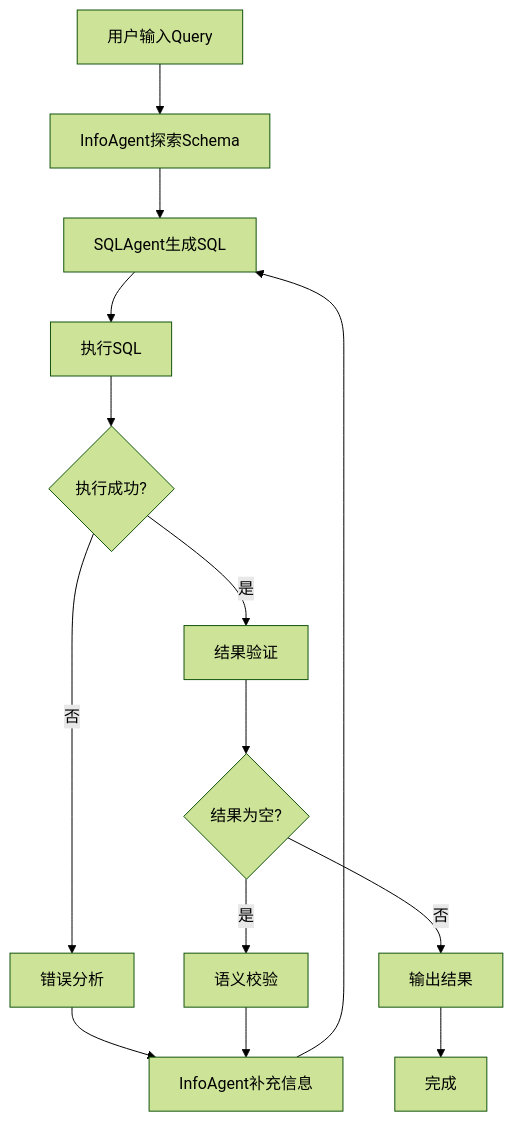
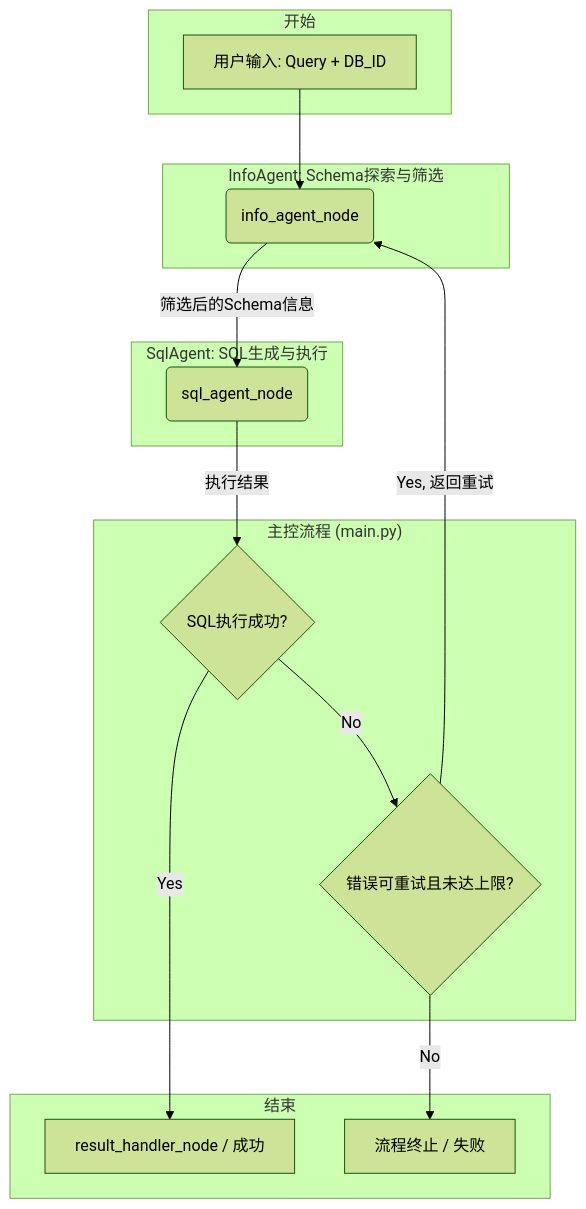
One commit to jwj1342/Jumping-Across-Joins changed the diagram in method/README.md. Above: the diagram before and after it, drawn with Mermaid (forest theme). The commit also changed other lines of this file and 6 other files, not shown here.

````diff
--- a/method/README.md
+++ b/method/README.md
@@ -40,16 +40,32 @@
 ```mermaid
 graph TD
-    A[用户输入Query] --> B[InfoAgent探索Schema]
-    B --> C[SQLAgent生成SQL]
-    C --> D[执行SQL]
-    D --> E{执行成功?}
-    E -->|是| F[结果验证]
-    E -->|否| G[错误分析]
-    G --> H[InfoAgent补充信息]
-    H --> C
-    F --> I{结果为空?}
-    I -->|是| J[语义校验]
-    I -->|否| K[输出结果]
-    J --> H
-    K --> L[完成]
+    subgraph "开始"
+        A[用户输入: Query + DB_ID]
+    end
+
+    subgraph "InfoAgent: Schema探索与筛选"
+        B(info_agent_node)
+    end
+
+    subgraph "SqlAgent: SQL生成与执行"
+        C(sql_agent_node)
+    end
+
+    subgraph "主控流程 (main.py)"
+        D{SQL执行成功?}
+        E{错误可重试且未达上限?}
+    end
+
+    subgraph "结束"
+        F[result_handler_node / 成功]
+        G[流程终止 / 失败]
+    end
+
+    A --> B
+    B -- 筛选后的Schema信息 --> C
+    C -- 执行结果 --> D
+    D -- Yes --> F
+    D -- No --> E
+    E -- Yes, 返回重试 --> B
+    E -- No --> G
 ```
````
